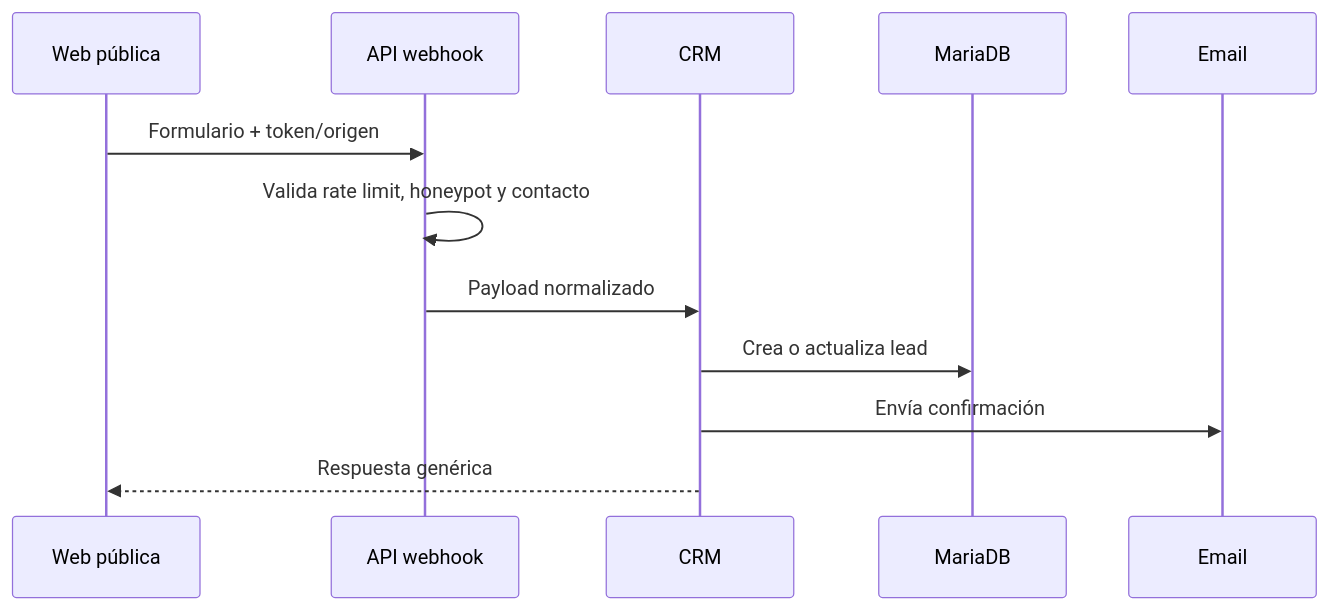
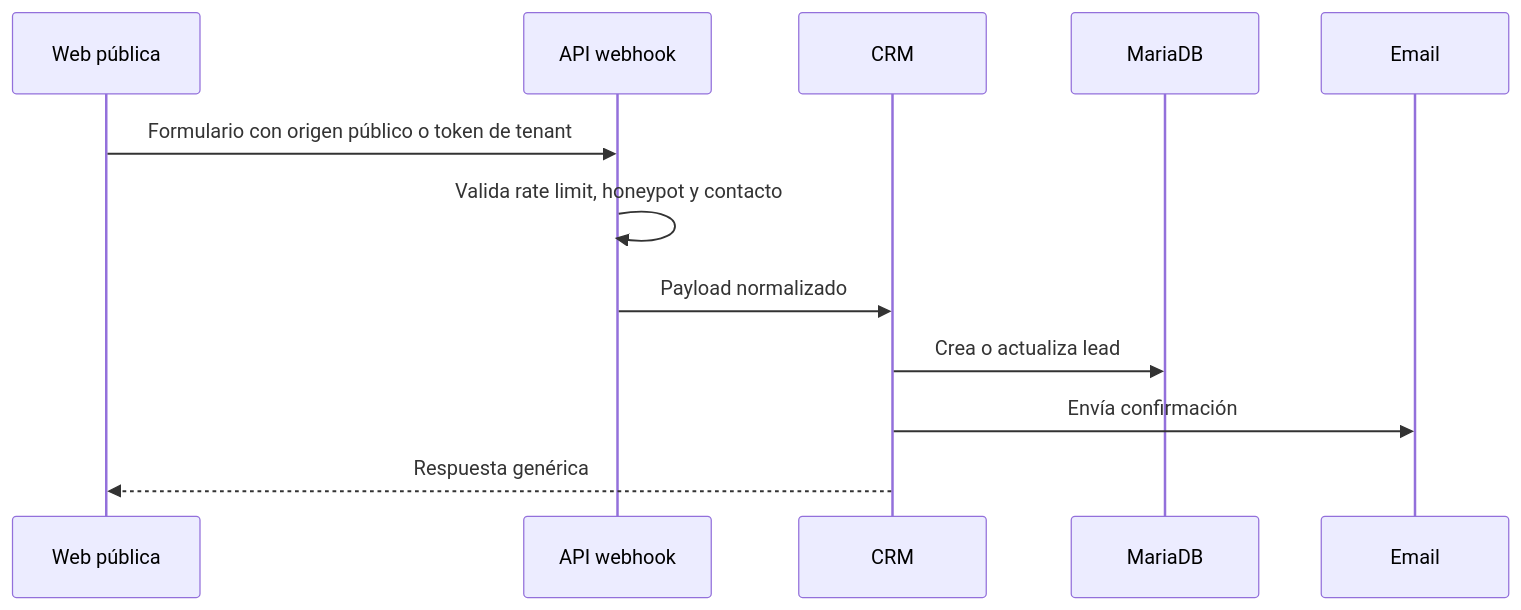
The fourth of 8 diagrams in docs/18-arquitectura-y-flujos.md (Jacketring/Membora-CRM), drawn with Mermaid before and after one commit. The commit also changed other lines of this file and 23 other files, not shown here.

````diff
--- a/docs/18-arquitectura-y-flujos.md
+++ b/docs/18-arquitectura-y-flujos.md
@@ -18,14 +51,14 @@
 ```mermaid
 sequenceDiagram
     participant W as Web pública
     participant API as API webhook
     participant CRM as CRM
     participant DB as MariaDB
     participant M as Email
-    W->>API: Formulario + token/origen
+    W->>API: Formulario con origen público o token de tenant
     API->>API: Valida rate limit, honeypot y contacto
     API->>CRM: Payload normalizado
     CRM->>DB: Crea o actualiza lead
     CRM->>M: Envía confirmación
     CRM-->>W: Respuesta genérica
 ```
````
